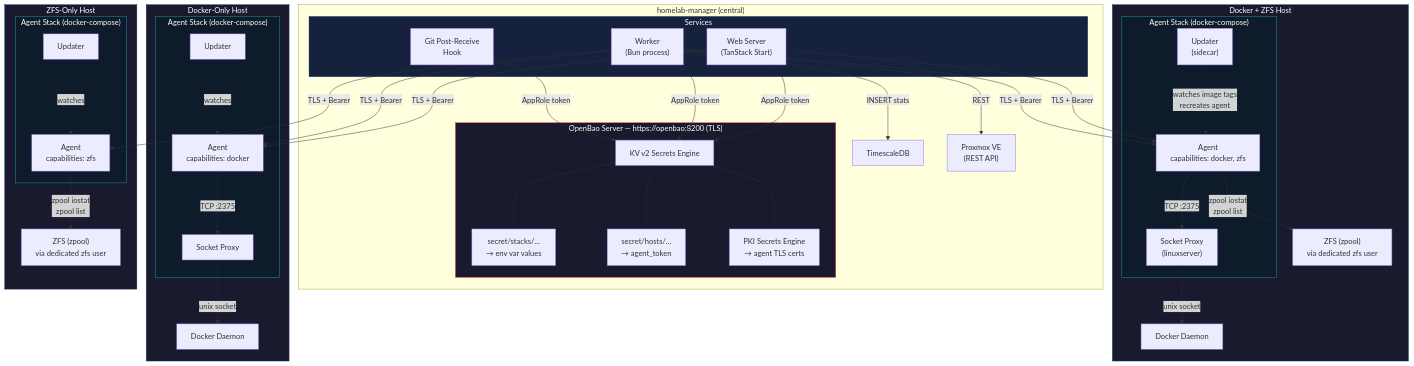
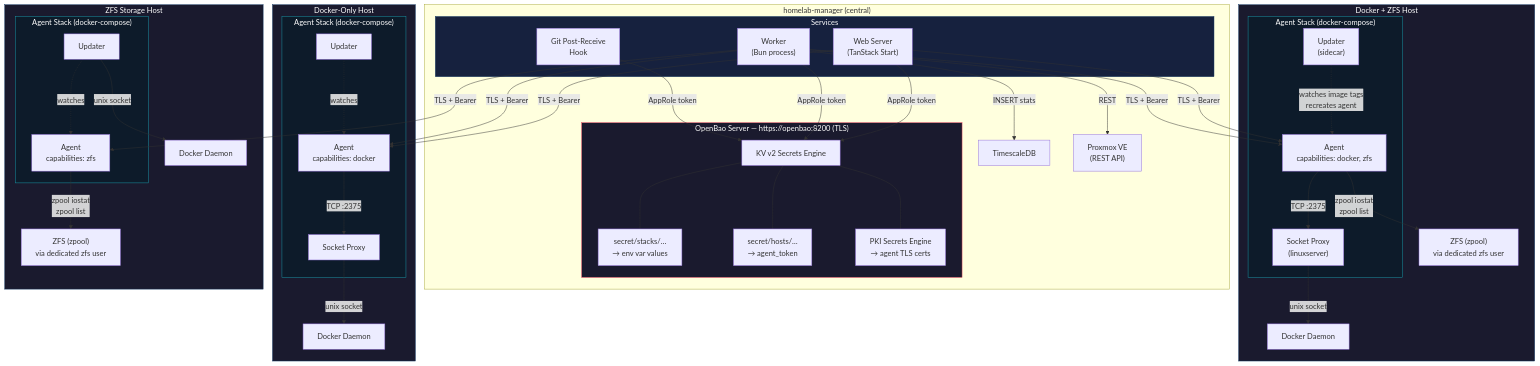
The eighth of 10 diagrams in docs/openbao-architecture.md (jaredglaser/homelab-manager), drawn with Mermaid before and after one commit. The commit also changed other lines of this file, not shown here.

First line of the commit message:
docs: require Docker on all hosts, updater lives in monorepo

````diff
--- a/docs/openbao-architecture.md
+++ b/docs/openbao-architecture.md
@@ -286,80 +286,82 @@
 ```mermaid
 graph TB
     subgraph homelab["homelab-manager (central)"]
         subgraph consumers["Services"]
             WEB["Web Server<br/>(TanStack Start)"]
             WORKER["Worker<br/>(Bun process)"]
             GIT["Git Post-Receive<br/>Hook"]
         end
 
         subgraph bao["OpenBao Server — https://openbao:8200 (TLS)"]
             KV["KV v2 Secrets Engine"]
             STACKS_S["secret/stacks/…<br/>→ env var values"]
             HOSTS_S["secret/hosts/…<br/>→ agent_token"]
             PKI["PKI Secrets Engine<br/>→ agent TLS certs"]
             KV --- STACKS_S
             KV --- HOSTS_S
             KV --- PKI
         end
 
         DB["TimescaleDB"]
         PROXMOX_API["Proxmox VE<br/>(REST API)"]
 
         WEB -->|"AppRole token"| KV
         WORKER -->|"AppRole token"| KV
         GIT -->|"AppRole token"| KV
         WORKER -->|"REST"| PROXMOX_API
         WORKER -->|"INSERT stats"| DB
     end
 
     subgraph host1["Docker + ZFS Host"]
         subgraph stack1["Agent Stack (docker-compose)"]
             A1["Agent<br/>capabilities: docker, zfs"]
             SP1["Socket Proxy<br/>(linuxserver)"]
             UP1["Updater<br/>(sidecar)"]
         end
         D1["Docker Daemon"]
         Z1["ZFS (zpool)<br/>via dedicated zfs user"]
         A1 -->|"TCP :2375"| SP1
         SP1 -->|"unix socket"| D1
         A1 -->|"zpool iostat<br/>zpool list"| Z1
         UP1 -.->|"watches image tags<br/>recreates agent"| A1
     end
 
     subgraph host2["Docker-Only Host"]
         subgraph stack2["Agent Stack (docker-compose)"]
             A2["Agent<br/>capabilities: docker"]
             SP2["Socket Proxy"]
             UP2["Updater"]
         end
         D2["Docker Daemon"]
         A2 -->|"TCP :2375"| SP2
         SP2 -->|"unix socket"| D2
         UP2 -.->|"watches"| A2
     end
 
-    subgraph host3["ZFS-Only Host"]
+    subgraph host3["ZFS Storage Host"]
         subgraph stack3["Agent Stack (docker-compose)"]
             A3["Agent<br/>capabilities: zfs"]
             UP3["Updater"]
         end
+        D3["Docker Daemon"]
         Z3["ZFS (zpool)<br/>via dedicated zfs user"]
         A3 -->|"zpool iostat<br/>zpool list"| Z3
         UP3 -.->|"watches"| A3
+        UP3 -->|"unix socket"| D3
     end
 
     WEB -->|"TLS + Bearer"| A1
     WEB -->|"TLS + Bearer"| A2
     WORKER -->|"TLS + Bearer"| A1
     WORKER -->|"TLS + Bearer"| A2
     WORKER -->|"TLS + Bearer"| A3
 
     style bao fill:#1a1a2e,stroke:#e94560,color:#fff
     style consumers fill:#16213e,stroke:#0f3460,color:#fff
     style stack1 fill:#0d1b2a,stroke:#1b9aaa,color:#fff
     style stack2 fill:#0d1b2a,stroke:#1b9aaa,color:#fff
     style stack3 fill:#0d1b2a,stroke:#1b9aaa,color:#fff
     style host1 fill:#1a1a2e,stroke:#0f3460,color:#fff
     style host2 fill:#1a1a2e,stroke:#0f3460,color:#fff
     style host3 fill:#1a1a2e,stroke:#0f3460,color:#fff
 ```
````
